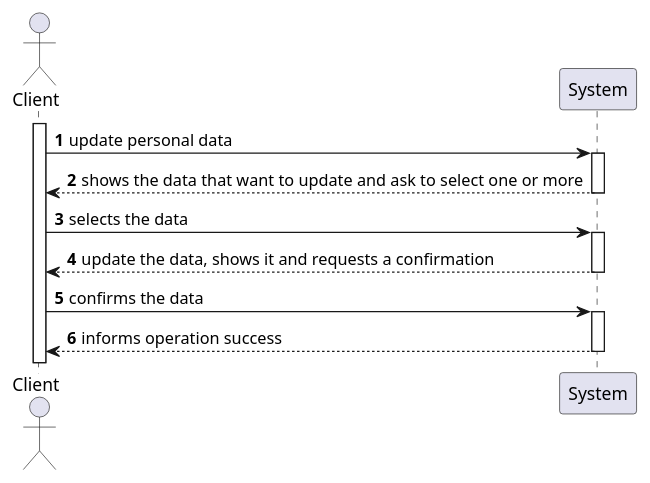
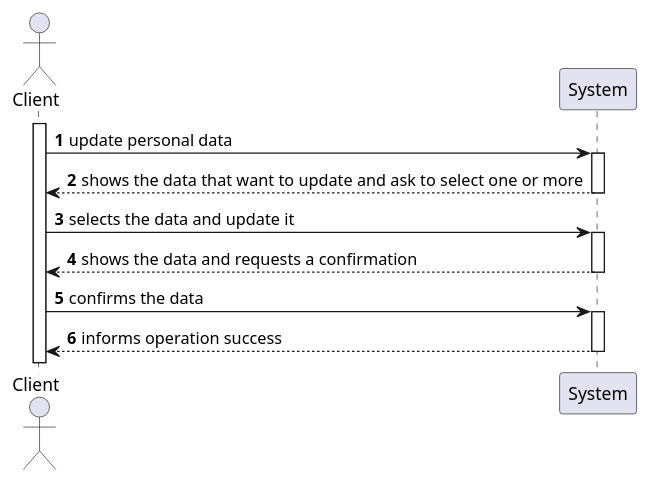
One commit to 0franciscor/lei-21-s2-1de-g19 changed the diagram in docs/SprintD/US02/US02-SSD.puml. Above: the diagram before and after it, drawn with PlantUML. The commit also changed 1 other file, not shown here.

```diff
--- a/docs/SprintD/US02/US02-SSD.puml
+++ b/docs/SprintD/US02/US02-SSD.puml
@@ -1,14 +1,14 @@
 @startuml
 'https://plantuml.com/sequence-diagram
 
 autonumber
 
 actor "Client" as C
 activate C
 C -> System ++: update personal data
 System --> C --: shows the data that want to update and ask to select one or more
-C -> System ++: selects the data
-System --> C --: update the data, shows it and requests a confirmation
+C -> System ++: selects the data and update it
+System --> C --: shows the data and requests a confirmation
 C -> System ++: confirms the data
 System --> C --: informs operation success
 @enduml
```
